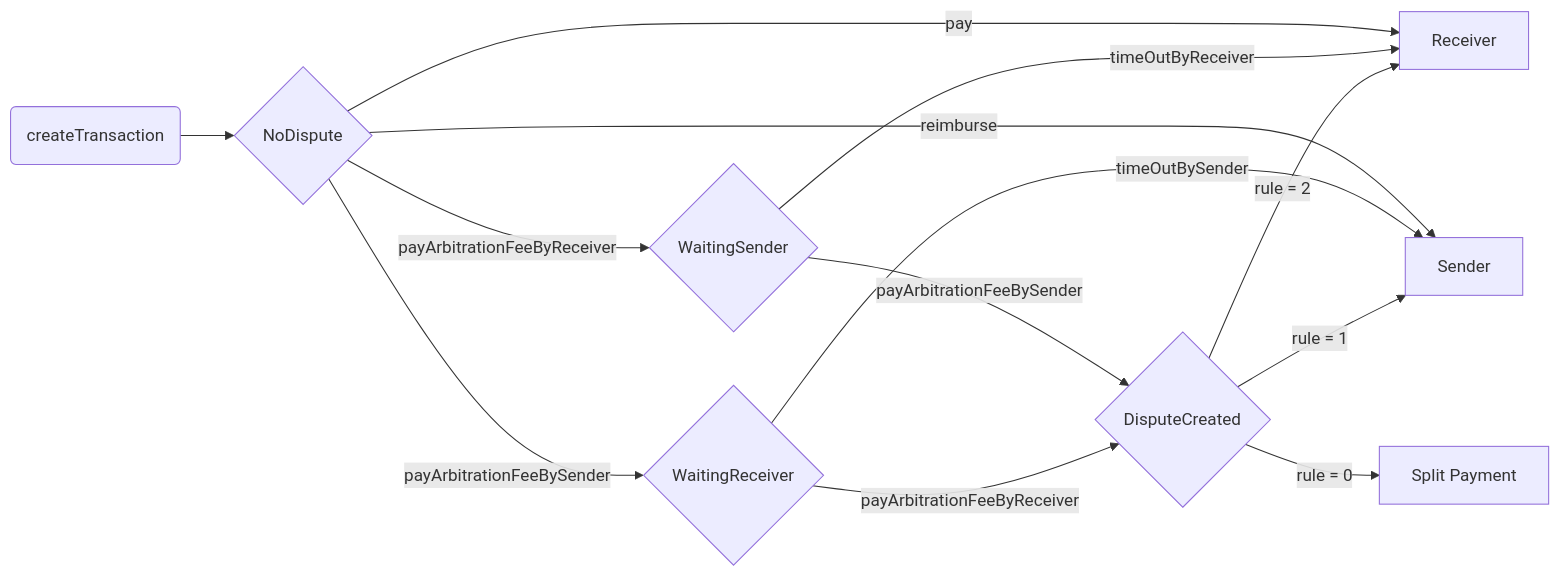
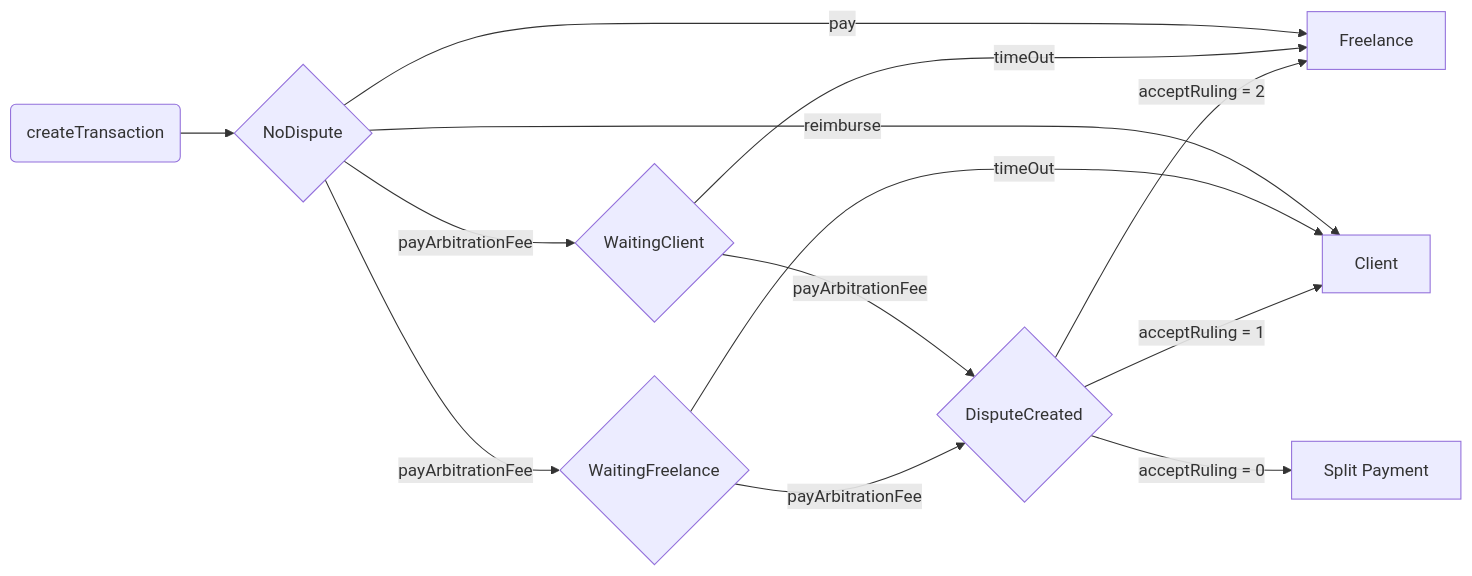
The diagram in README.md (Nerwo/nerwo-contracts), drawn with Mermaid before and after one commit. The commit also changed other lines of this file and 1 other file, not shown here.

````diff
--- a/README.md
+++ b/README.md
@@ -269,15 +234,15 @@
 ```mermaid
 flowchart LR
     A(createTransaction) -->B{NoDispute}
-    B -->|pay| C[Receiver]
-    B -->|reimburse| D[Sender]
-    B -->|payArbitrationFeeByReceiver| E{WaitingSender}
-    B -->|payArbitrationFeeBySender| F{WaitingReceiver}
-    E -->|payArbitrationFeeBySender| G{DisputeCreated}
-    F -->|payArbitrationFeeByReceiver| G{DisputeCreated}
-    E -->|timeOutByReceiver| C[Receiver]
-    F -->|timeOutBySender| D[Sender]
-    G -->|rule = 1| D[Sender]
-    G -->|rule = 2| C[Receiver]
-    G -->|rule = 0| H[Split Payment]
+    B -->|pay| C[Freelance]
+    B -->|reimburse| D[Client]
+    B -->|payArbitrationFee| E{WaitingClient}
+    B -->|payArbitrationFee| F{WaitingFreelance}
+    E -->|payArbitrationFee| G{DisputeCreated}
+    F -->|payArbitrationFee| G{DisputeCreated}
+    E -->|timeOut| C[Freelance]
+    F -->|timeOut| D[Client]
+    G -->|acceptRuling = 1| D[Client]
+    G -->|acceptRuling = 2| C[Freelance]
+    G -->|acceptRuling = 0| H[Split Payment]
 ```
````
